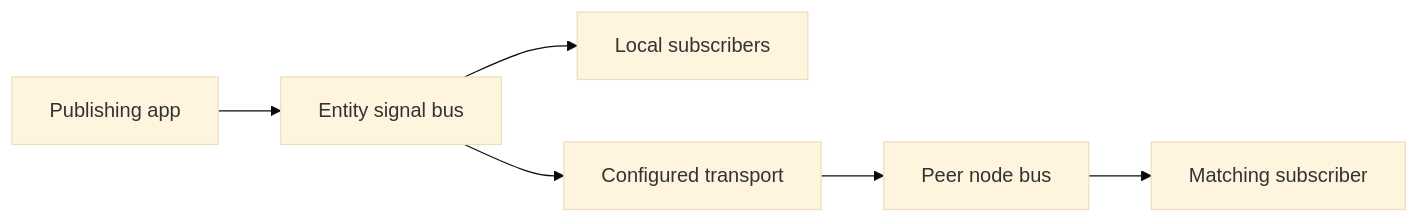
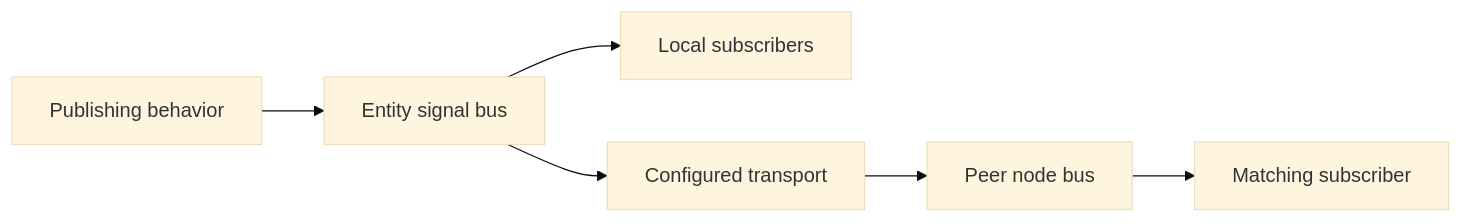
Before and after one commit to ROSMicroPy/RobotPrimitivesStack: the diagram in docs/content/signals.md, drawn with Mermaid (base theme). The commit also changed other lines of this file and 569 other files, not shown here.

````diff
--- a/docs/content/signals.md
+++ b/docs/content/signals.md
@@ -32,8 +30,8 @@
 ```mermaid
 flowchart LR
-    App[Publishing app] --> Bus[Entity signal bus]
+    Behavior[Publishing behavior] --> Bus[Entity signal bus]
     Bus --> Local[Local subscribers]
     Bus --> Transport[Configured transport]
     Transport --> Peer[Peer node bus]
     Peer --> Subscriber[Matching subscriber]
 ```
````
